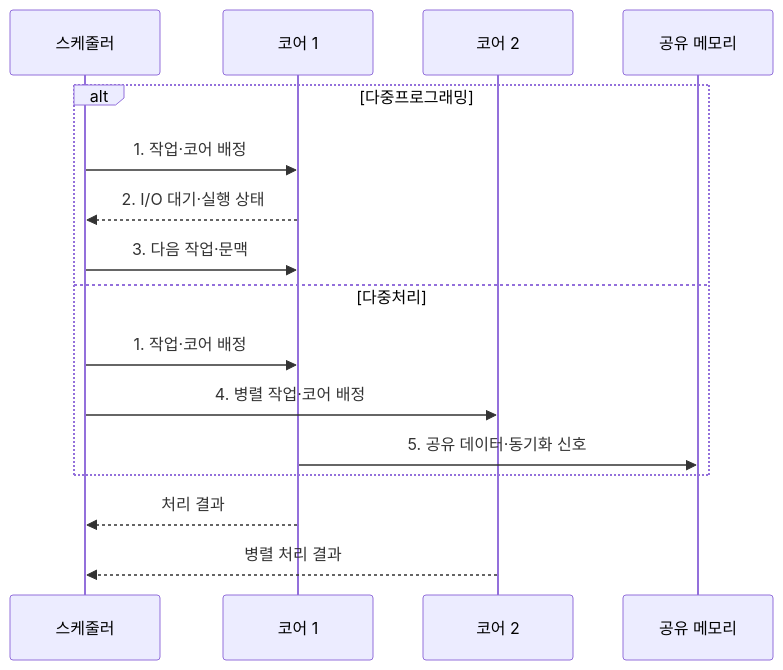
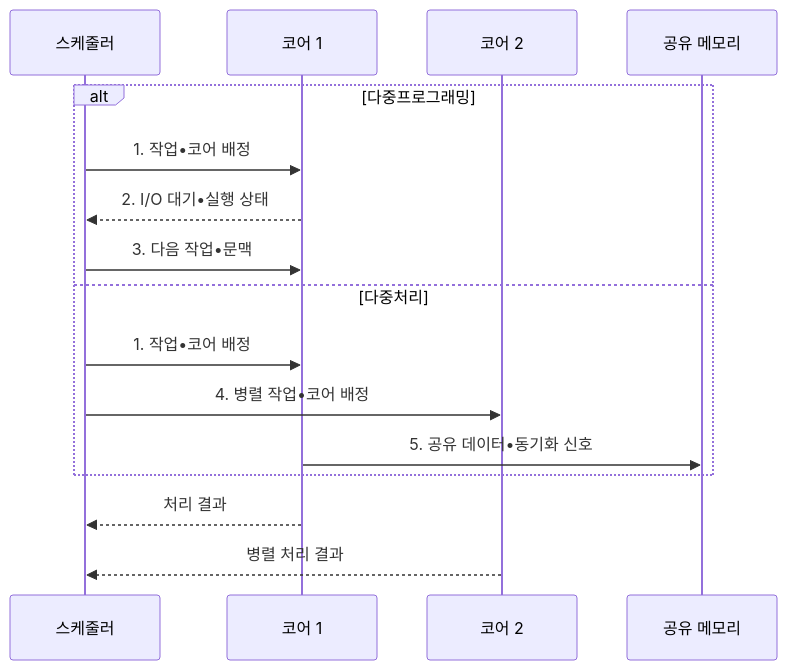
The second of 2 diagrams in src/content/docs/notes/03-software/017_multiprogramming_multiprocessing.md (agnusdei1207/knowledge-base), drawn with Mermaid before and after one commit. The commit also changed other lines of this file and 953 other files, not shown here.

````diff
--- a/src/content/docs/notes/03-software/017_multiprogramming_multiprocessing.md
+++ b/src/content/docs/notes/03-software/017_multiprogramming_multiprocessing.md
@@ -107,18 +107,18 @@
 ```mermaid
 sequenceDiagram
     participant S as 스케줄러
     participant C1 as 코어 1
     participant C2 as 코어 2
     participant M as 공유 메모리
     alt 다중프로그래밍
-        S->>C1: 1. 작업·코어 배정
-        C1-->>S: 2. I/O 대기·실행 상태
-        S->>C1: 3. 다음 작업·문맥
+        S->>C1: 1. 작업•코어 배정
+        C1-->>S: 2. I/O 대기•실행 상태
+        S->>C1: 3. 다음 작업•문맥
     else 다중처리
-        S->>C1: 1. 작업·코어 배정
-        S->>C2: 4. 병렬 작업·코어 배정
-        C1->>M: 5. 공유 데이터·동기화 신호
+        S->>C1: 1. 작업•코어 배정
+        S->>C2: 4. 병렬 작업•코어 배정
+        C1->>M: 5. 공유 데이터•동기화 신호
     end
     C1-->>S: 처리 결과
     C2-->>S: 병렬 처리 결과
 ```
````
